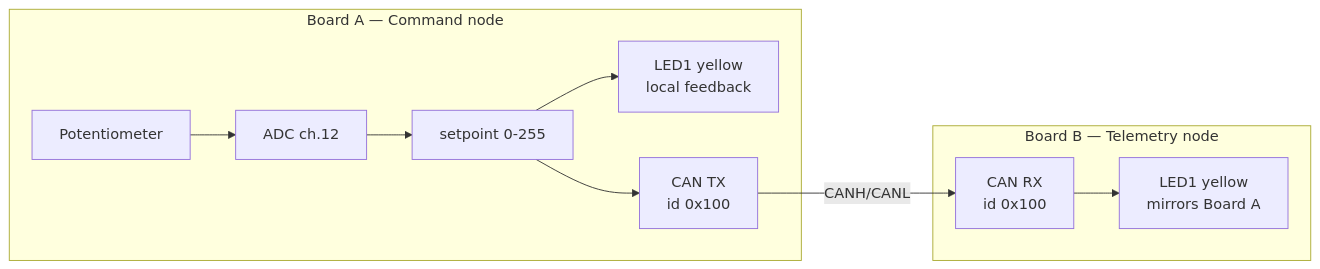
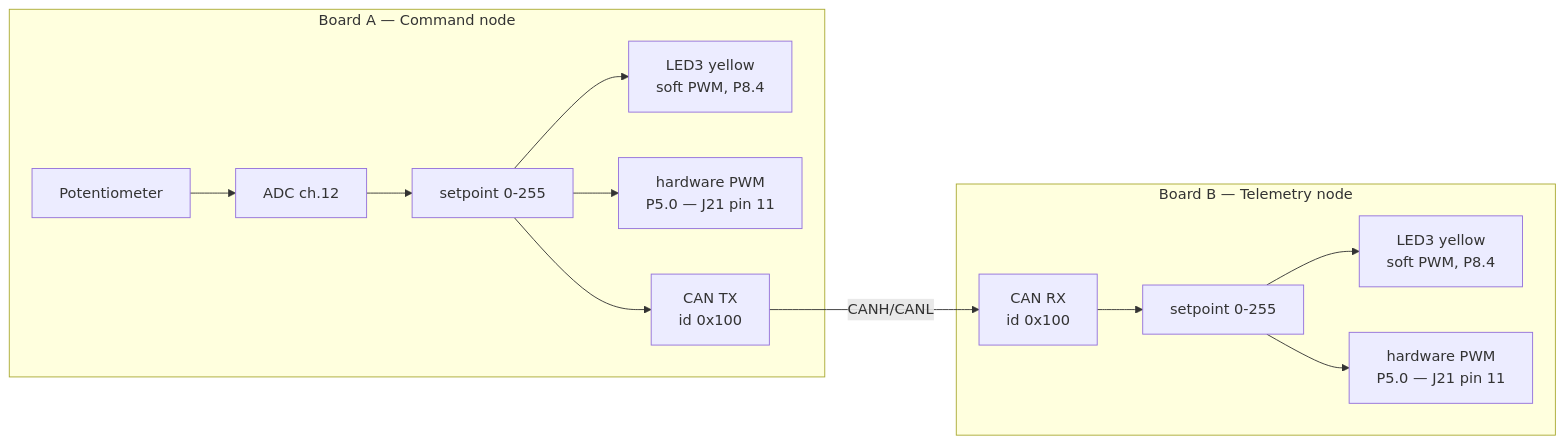
The diagram in docs/psoc-control-can-lab.md (ClarkJ-Infineon/devcon-training-2026), drawn with Mermaid before and after one commit. The commit also changed other lines of this file and 44 other files, not shown here.

````diff
--- a/docs/psoc-control-can-lab.md
+++ b/docs/psoc-control-can-lab.md
@@ -55,13 +39,16 @@
 ```mermaid
 flowchart LR
     subgraph "Board A — Command node"
         POT[Potentiometer] --> ADC[ADC ch.12]
         ADC --> CALC[setpoint 0-255]
-        CALC --> LED_A[LED1 yellow<br/>local feedback]
+        CALC --> LED_A[LED3 yellow<br/>soft PWM, P8.4]
+        CALC --> PWM_A[hardware PWM<br/>P5.0 — J21 pin 11]
         CALC --> CANTX[CAN TX<br/>id 0x100]
     end
     CANTX -- "CANH/CANL" --> CANRX
     subgraph "Board B — Telemetry node"
-        CANRX[CAN RX<br/>id 0x100] --> LED_B[LED1 yellow<br/>mirrors Board A]
+        CANRX[CAN RX<br/>id 0x100] --> SETB[setpoint 0-255]
+        SETB --> LED_B[LED3 yellow<br/>soft PWM, P8.4]
+        SETB --> PWM_B[hardware PWM<br/>P5.0 — J21 pin 11]
     end
 ```
````
